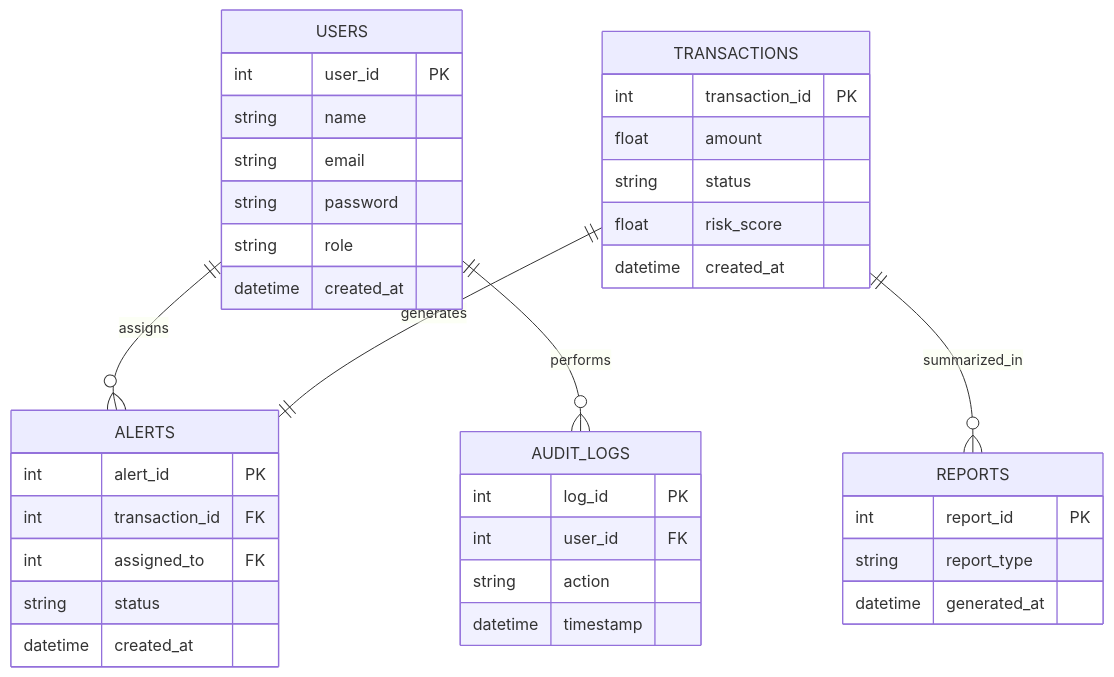
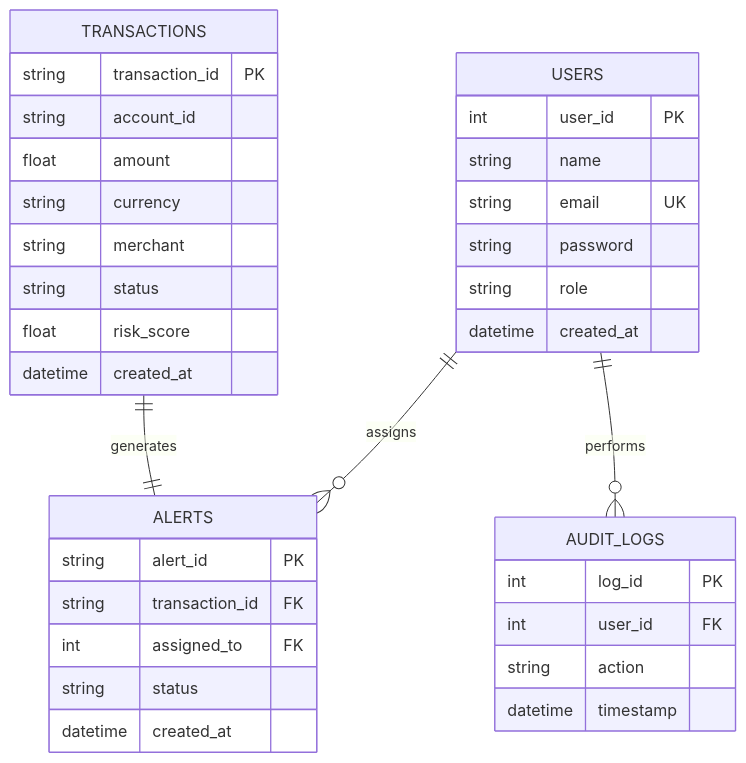
One commit to Imposon/FinShield-Analytics changed the diagram in ErDiagram.md. Above: the diagram before and after it, drawn with Mermaid. The commit also changed other lines of this file and 6 other files, not shown here.

Commit message:
feat: lock dashboard/analysis/flagged until analysis runs, update diagrams, add user auth with persistent login

````diff
--- a/ErDiagram.md
+++ b/ErDiagram.md
@@ -8,47 +4,43 @@
 ```mermaid
 erDiagram
 
 USERS {
     int user_id PK
     string name
-    string email
+    string email UK
     string password
     string role
     datetime created_at
 }
 
 TRANSACTIONS {
-    int transaction_id PK
+    string transaction_id PK
+    string account_id
     float amount
+    string currency
+    string merchant
     string status
     float risk_score
     datetime created_at
 }
 
 ALERTS {
-    int alert_id PK
-    int transaction_id FK
+    string alert_id PK
+    string transaction_id FK
     int assigned_to FK
     string status
     datetime created_at
 }
 
 AUDIT_LOGS {
     int log_id PK
     int user_id FK
     string action
     datetime timestamp
 }
 
-REPORTS {
-    int report_id PK
-    string report_type
-    datetime generated_at
-}
-
 USERS ||--o{ ALERTS : assigns
 TRANSACTIONS ||--|| ALERTS : generates
 USERS ||--o{ AUDIT_LOGS : performs
-TRANSACTIONS ||--o{ REPORTS : summarized_in
 
 ```
````
